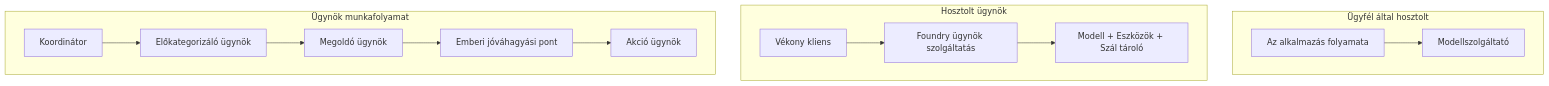
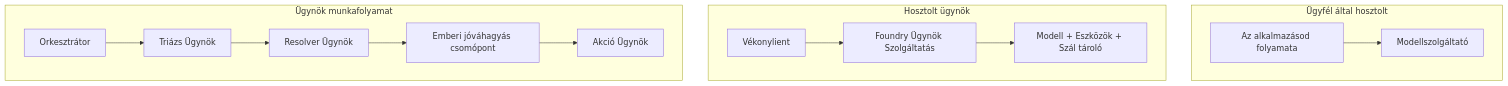
Before and after one commit to gabrielmoreira/agent-skills-mirror: the first of 4 diagrams in mirrors/repos/microsoft@ai-agents-for-beginners/translations/hu/16-deploying-scalable-agents/README.md, drawn with Mermaid. The commit also changed other lines of this file and 3581 other files, not shown here.

````diff
--- a/mirrors/repos/microsoft@ai-agents-for-beginners/translations/hu/16-deploying-scalable-agents/README.md
+++ b/mirrors/repos/microsoft@ai-agents-for-beginners/translations/hu/16-deploying-scalable-agents/README.md
@@ -87,16 +87,16 @@
 ```mermaid
 flowchart TB
     subgraph P1[Ügyfél által hosztolt]
-        A1[Az alkalmazás folyamata] --> M1[Modellszolgáltató]
+        A1[Az alkalmazásod folyamata] --> M1[Modellszolgáltató]
     end
     subgraph P2[Hosztolt ügynök]
-        A2[Vékony kliens] --> F2[Foundry ügynök szolgáltatás]
+        A2[Vékonylient] --> F2[Foundry Ügynök Szolgáltatás]
         F2 --> M2[Modell + Eszközök + Szál tároló]
     end
     subgraph P3[Ügynök munkafolyamat]
-        A3[Koordinátor] --> S1[Előkategorizáló ügynök]
-        S1 --> S2[Megoldó ügynök]
-        S2 --> H[Emberi jóváhagyási pont]
-        H --> S3[Akció ügynök]
+        A3[Orkesztrátor] --> S1[Triázs Ügynök]
+        S1 --> S2[Resolver Ügynök]
+        S2 --> H[Emberi jóváhagyás csomópont]
+        H --> S3[Akció Ügynök]
     end
 ```
````
